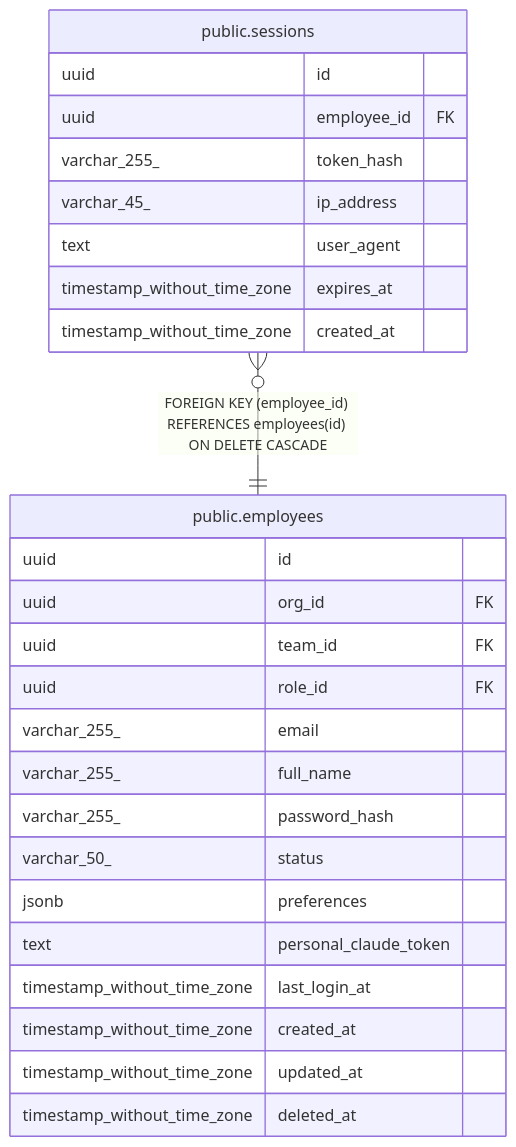
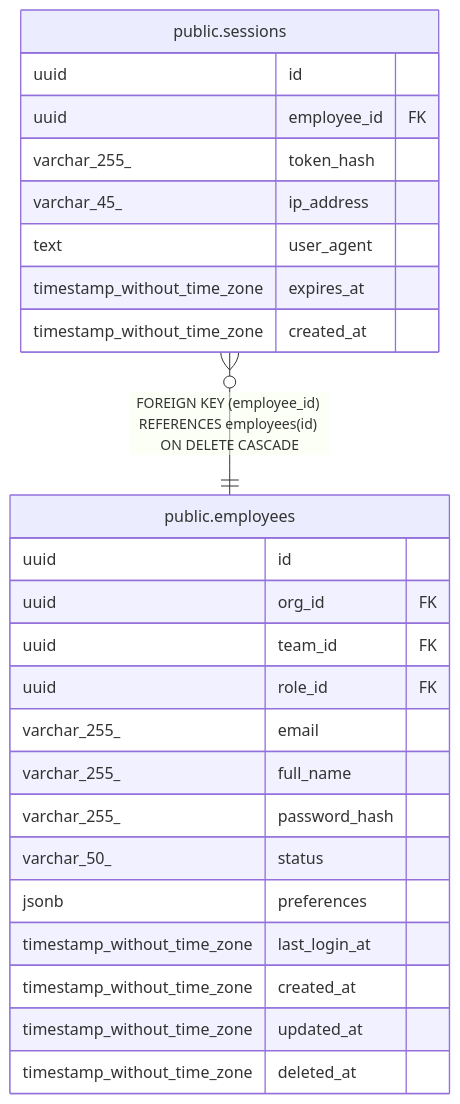
One commit to rastrigin-systems/arfa changed the diagram in docs/database/public.sessions.md. Above: the diagram before and after it, drawn with Mermaid. The commit also changed 174 other files, not shown here.

````diff
--- a/docs/database/public.sessions.md
+++ b/docs/database/public.sessions.md
@@ -37,31 +37,30 @@
 ```mermaid
 erDiagram
 
 "public.sessions" }o--|| "public.employees" : "FOREIGN KEY (employee_id) REFERENCES employees(id) ON DELETE CASCADE"
 
 "public.sessions" {
   uuid id
   uuid employee_id FK
   varchar_255_ token_hash
   varchar_45_ ip_address
   text user_agent
   timestamp_without_time_zone expires_at
   timestamp_without_time_zone created_at
 }
 "public.employees" {
   uuid id
   uuid org_id FK
   uuid team_id FK
   uuid role_id FK
   varchar_255_ email
   varchar_255_ full_name
   varchar_255_ password_hash
   varchar_50_ status
   jsonb preferences
-  text personal_claude_token
   timestamp_without_time_zone last_login_at
   timestamp_without_time_zone created_at
   timestamp_without_time_zone updated_at
   timestamp_without_time_zone deleted_at
 }
 ```
````
